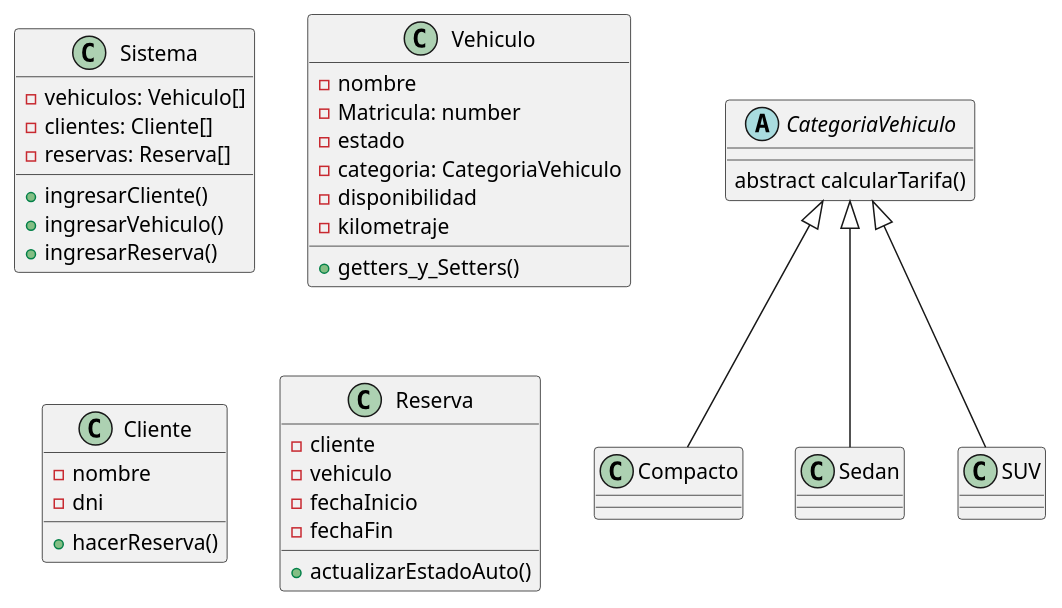
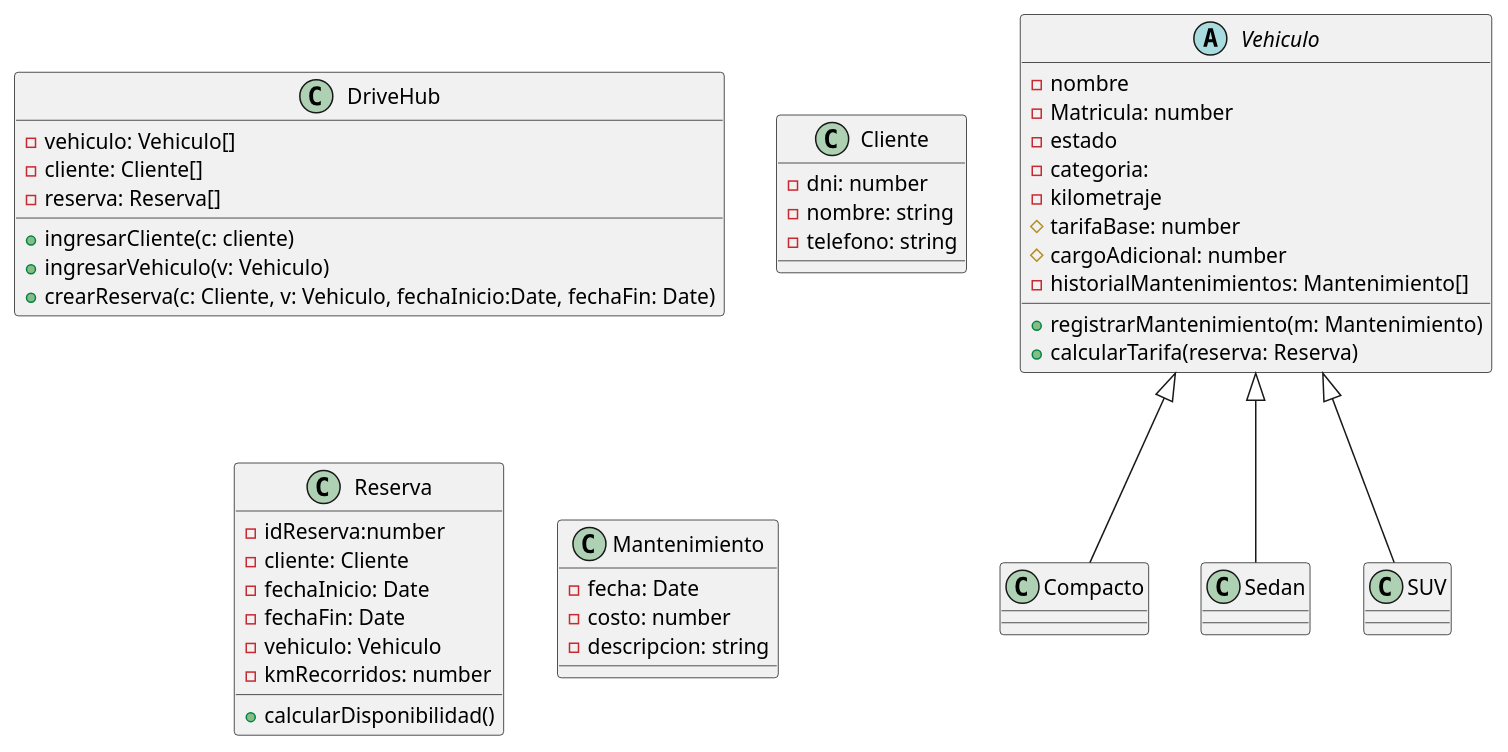
Before and after one commit to diegolacosta02/TP-Programacion-II: the diagram in diagramas/diagrama.puml, drawn with PlantUML. The commit also changed 10 other files, not shown here.

```diff
--- a/diagramas/diagrama.puml
+++ b/diagramas/diagrama.puml
@@ -1,48 +1,54 @@
 @startuml Trabajo Practico Alquiler de Autos
 
-class Sistema {
-    - vehiculos: Vehiculo[]
-    - clientes: Cliente[]
-    - reservas: Reserva[]
+    class DriveHub{
+        - vehiculo: Vehiculo[]
+        - cliente: Cliente[]
+        - reserva: Reserva[]
 
-    + ingresarCliente()
-    + ingresarVehiculo()
-    + ingresarReserva()
- 
-}
+        + ingresarCliente(c: cliente)
+        + ingresarVehiculo(v: Vehiculo)
+        + crearReserva(c: Cliente, v: Vehiculo, fechaInicio:Date, fechaFin: Date)
+    }
 
-class Vehiculo{
+    abstract class Vehiculo{
         - nombre
         - Matricula: number
         - estado
-        - categoria: CategoriaVehiculo
-        - disponibilidad
+        - categoria: 
         - kilometraje
+        # tarifaBase: number
+        # cargoAdicional: number
+        - historialMantenimientos: Mantenimiento[]
 
-        + getters_y_Setters()
-}
+        + registrarMantenimiento(m: Mantenimiento)
+        + calcularTarifa(reserva: Reserva)
+    }
 
-abstract class CategoriaVehiculo{
-    abstract calcularTarifa()
-}
-class Compacto extends CategoriaVehiculo{}
-class Sedan extends CategoriaVehiculo{}
-class SUV extends CategoriaVehiculo{}
+    class Compacto extends Vehiculo{}
+    class Sedan extends Vehiculo{}
+    class SUV extends Vehiculo{}
 
-class Cliente {
-    - nombre
-    - dni 
+    class Cliente{
+        - dni: number
+        - nombre: string
+        - telefono: string
+    }
 
-    + hacerReserva()
-}
+    class Reserva{
+        - idReserva:number
+        - cliente: Cliente
+        - fechaInicio: Date
+        - fechaFin: Date
+        - vehiculo: Vehiculo
+        - kmRecorridos: number
+        
+        + calcularDisponibilidad()
+    }
 
-class Reserva{
-    - cliente
-    - vehiculo 
-    - fechaInicio
-    - fechaFin
-
-    + actualizarEstadoAuto()
-}
+    class Mantenimiento{
+        - fecha: Date
+        - costo: number
+        - descripcion: string
+    }
 
 @enduml
```
